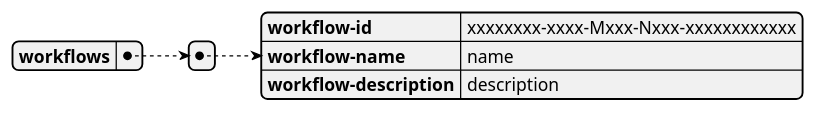
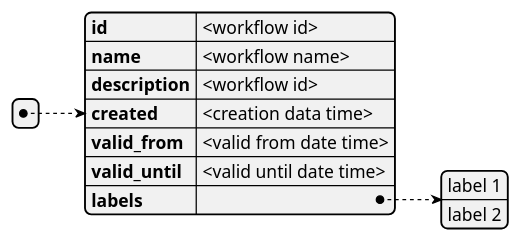
Before and after one commit to COSSAS/SOARCA: the fifth of 19 diagrams in doc/soarca-api.md, drawn with PlantUML. The commit also changed other lines of this file, not shown here.

````diff
--- a/doc/soarca-api.md
+++ b/doc/soarca-api.md
@@ -155,13 +180,17 @@
 ```plantuml
 @startjson
-{
-    "workflows": [
-        {
-            "workflow-id": "xxxxxxxx-xxxx-Mxxx-Nxxx-xxxxxxxxxxxx",
-            "workflow-name": "name",
-            "workflow-description": "description"
-        }
-    ]
-}
+
+[
+    {
+        "id": "<workflow id>",
+        "name": "<workflow name>",
+        "description": "<workflow id>",
+        "created": "<creation data time>",
+        "valid_from": "<valid from date time>",
+        "valid_until": "<valid until date time>",
+        "labels": ["label 1","label 2"]
+    }
+]
+
 @endjson
 ```
````
